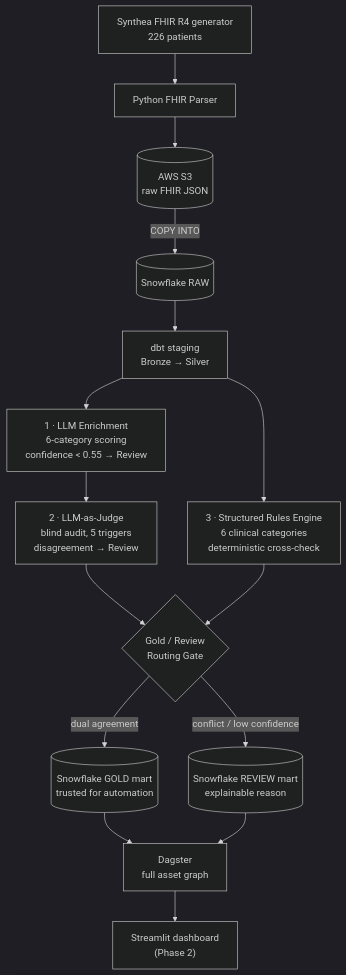
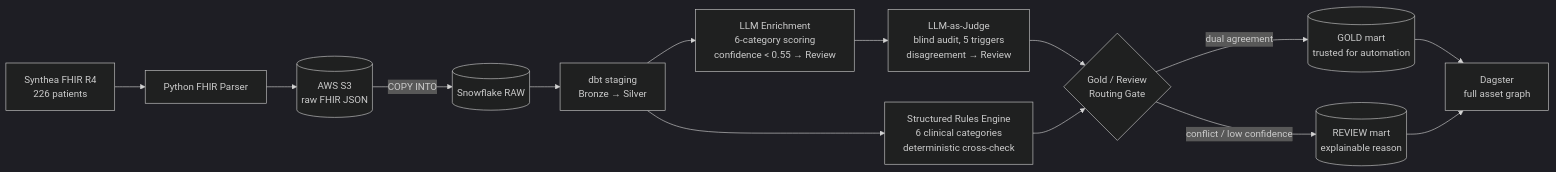
One commit to ericg1212/ai-healthcare-pipeline changed the diagram in README.md. Above: the diagram before and after it, drawn with Mermaid (dark theme). The commit also changed other lines of this file, not shown here.

Commit message:
Match house Mermaid style (flowchart LR, br labels); drop Streamlit Phase 2 references (#73)

````diff
--- a/README.md
+++ b/README.md
@@ -144,17 +143,16 @@
 ```mermaid
-flowchart TB
-    SYN["Synthea FHIR R4 generator<br/>226 patients"] --> P["Python FHIR Parser"]
+flowchart LR
+    SYN["Synthea FHIR R4<br/>226 patients"] --> P["Python FHIR Parser"]
     P --> S3[("AWS S3<br/>raw FHIR JSON")]
     S3 -->|COPY INTO| RAW[("Snowflake RAW")]
     RAW --> STG["dbt staging<br/>Bronze → Silver"]
-    STG --> ENR["1 · LLM Enrichment<br/>6-category scoring<br/>confidence < 0.55 → Review"]
-    ENR --> J["2 · LLM-as-Judge<br/>blind audit, 5 triggers<br/>disagreement → Review"]
-    STG --> RUL["3 · Structured Rules Engine<br/>6 clinical categories<br/>deterministic cross-check"]
+    STG --> ENR["LLM Enrichment<br/>6-category scoring<br/>confidence < 0.55 → Review"]
+    ENR --> J["LLM-as-Judge<br/>blind audit, 5 triggers<br/>disagreement → Review"]
+    STG --> RUL["Structured Rules Engine<br/>6 clinical categories<br/>deterministic cross-check"]
     J --> RT{"Gold / Review<br/>Routing Gate"}
     RUL --> RT
-    RT -->|dual agreement| GOLD[("Snowflake GOLD mart<br/>trusted for automation")]
-    RT -->|conflict / low confidence| REV[("Snowflake REVIEW mart<br/>explainable reason")]
+    RT -->|dual agreement| GOLD[("GOLD mart<br/>trusted for automation")]
+    RT -->|conflict / low confidence| REV[("REVIEW mart<br/>explainable reason")]
     GOLD --> DAG["Dagster<br/>full asset graph"]
     REV --> DAG
-    DAG --> ST["Streamlit dashboard<br/>(Phase 2)"]
 ```
````
